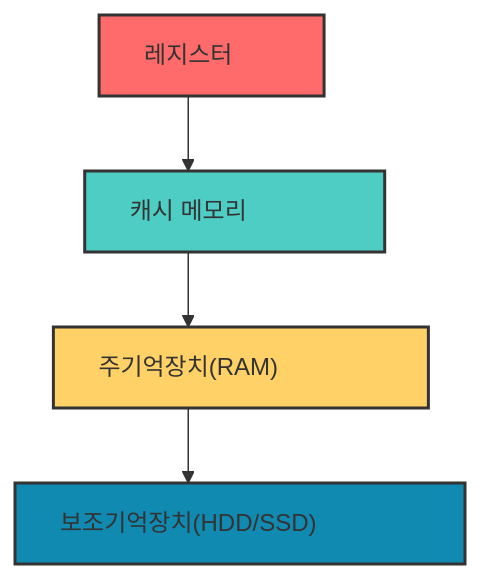
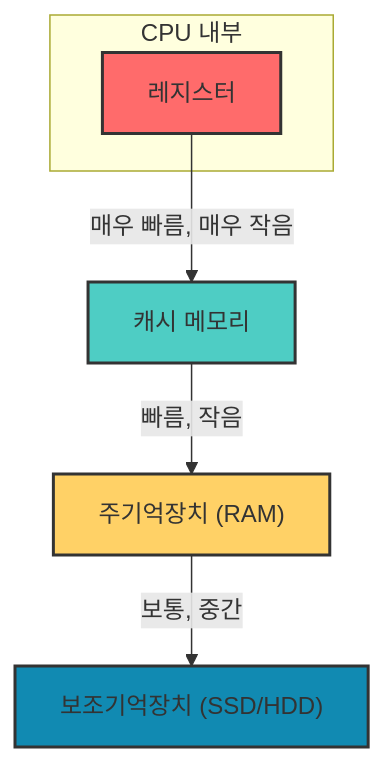
Before and after one commit to hanaoverride/data-scientist-cookbook-for-korean: the second of 2 diagrams in Chapter I. 기반지식 학습/1. 기초 CS 이론/2. 컴퓨터 개론/1. 컴퓨터 구조.md, drawn with Mermaid. The commit also changed other lines of this file and 132 other files, not shown here.

````diff
--- a/Chapter I. 기반지식 학습/1. 기초 CS 이론/2. 컴퓨터 개론/1. 컴퓨터 구조.md
+++ b/Chapter I. 기반지식 학습/1. 기초 CS 이론/2. 컴퓨터 개론/1. 컴퓨터 구조.md
@@ -87,11 +82,23 @@
 ```mermaid
 flowchart TD
-    A["레지스터"] --> B["캐시 메모리"]
-    B --> C["주기억장치(RAM)"]
-    C --> D["보조기억장치(HDD/SSD)"]
+    subgraph "CPU 내부"
+        A["레지스터"]
+    end
+    B["캐시 메모리"]
+    C["주기억장치 (RAM)"]
+    D["보조기억장치 (SSD/HDD)"]
     
-    style A fill:#FF6B6B,stroke:#333,stroke-width:2px,width:150px
-    style B fill:#4ECDC4,stroke:#333,stroke-width:2px,width:200px
-    style C fill:#FFD166,stroke:#333,stroke-width:2px,width:250px
-    style D fill:#118AB2,stroke:#333,stroke-width:2px,width:300px
+    A -- "매우 빠름, 매우 작음" --> B
+    B -- "빠름, 작음" --> C
+    C -- "보통, 중간" --> D
+    
+    %% note right of A : (수십 KB)
+    %% note right of B : (수 MB)
+    %% note right of C : (수십 GB)
+    %% note right of D : (수 TB)
+
+    style A fill:#FF6B6B,stroke:#333,stroke-width:2px
+    style B fill:#4ECDC4,stroke:#333,stroke-width:2px
+    style C fill:#FFD166,stroke:#333,stroke-width:2px
+    style D fill:#118AB2,stroke:#333,stroke-width:2px
 ```
````
